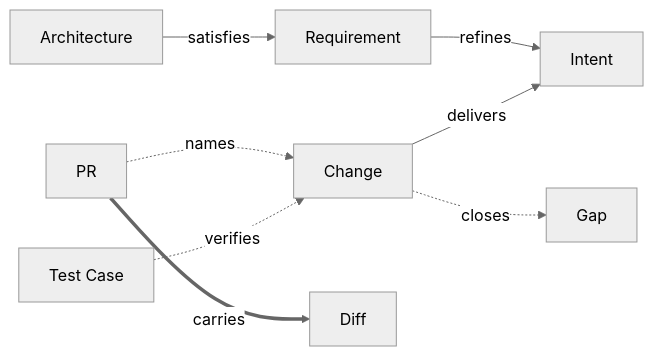
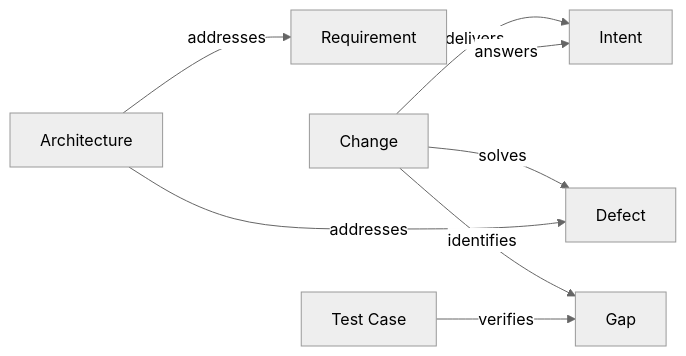
Before and after one commit to Kai-Hacks-AI/KAAL: the diagram in engineering/metamodel/views/plan.md, drawn with Mermaid (neutral theme). The commit also changed other lines of this file and 13 other files, not shown here.

````diff
--- a/engineering/metamodel/views/plan.md
+++ b/engineering/metamodel/views/plan.md
@@ -12,10 +14,10 @@
 ```mermaid
 flowchart LR
   Change -->|delivers| Intent
-  Requirement -->|refines| Intent
-  Architecture -->|satisfies| Requirement
-  TestCase["Test Case"] -.->|verifies| Change
-  Change -.->|closes| Gap
-  PR -.->|names| Change
-  PR ==>|carries| Diff
+  Change -->|solves| Defect
+  Requirement -->|answers| Intent
+  Architecture -->|addresses| Requirement
+  Architecture -->|addresses| Defect
+  Change -->|identifies| Gap
+  TestCase["Test Case"] -->|verifies| Gap
 ```
````
